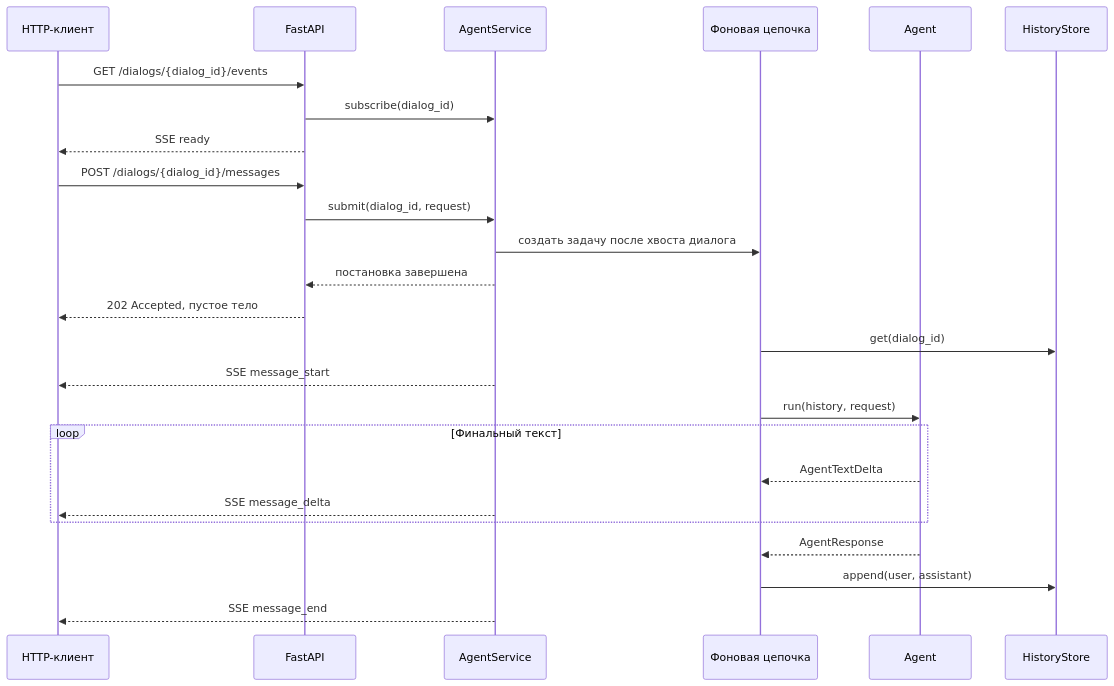
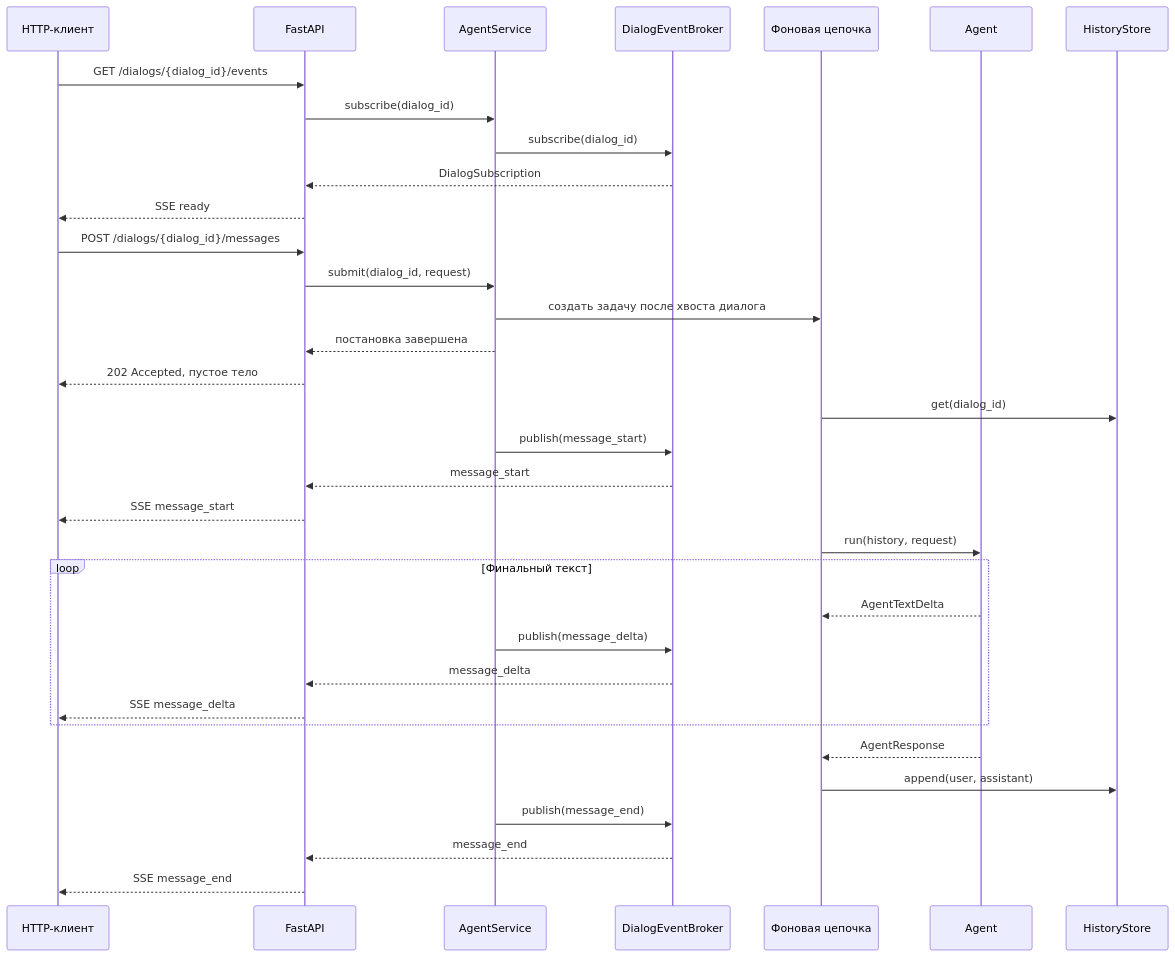
One commit to Nisakoo/BMSTU-NIRS changed the diagram in docs/dialogs.md. Above: the diagram before and after it, drawn with Mermaid. The commit also changed other lines of this file and 18 other files, not shown here.

First line of the commit message:
refactor(application)!: extract dialog event broker

````diff
--- a/docs/dialogs.md
+++ b/docs/dialogs.md
@@ -67,28 +87,37 @@
 ```mermaid
 sequenceDiagram
     participant Client as HTTP-клиент
     participant API as FastAPI
     participant Service as AgentService
+    participant Broker as DialogEventBroker
     participant Task as Фоновая цепочка
     participant Agent
     participant History as HistoryStore
 
     Client->>API: GET /dialogs/{dialog_id}/events
     API->>Service: subscribe(dialog_id)
+    Service->>Broker: subscribe(dialog_id)
+    Broker-->>API: DialogSubscription
     API-->>Client: SSE ready
     Client->>API: POST /dialogs/{dialog_id}/messages
     API->>Service: submit(dialog_id, request)
     Service->>Task: создать задачу после хвоста диалога
     Service-->>API: постановка завершена
     API-->>Client: 202 Accepted, пустое тело
     Task->>History: get(dialog_id)
-    Service-->>Client: SSE message_start
+    Service->>Broker: publish(message_start)
+    Broker-->>API: message_start
+    API-->>Client: SSE message_start
     Task->>Agent: run(history, request)
     loop Финальный текст
         Agent-->>Task: AgentTextDelta
-        Service-->>Client: SSE message_delta
+        Service->>Broker: publish(message_delta)
+        Broker-->>API: message_delta
+        API-->>Client: SSE message_delta
     end
     Agent-->>Task: AgentResponse
     Task->>History: append(user, assistant)
-    Service-->>Client: SSE message_end
+    Service->>Broker: publish(message_end)
+    Broker-->>API: message_end
+    API-->>Client: SSE message_end
 ```
````
